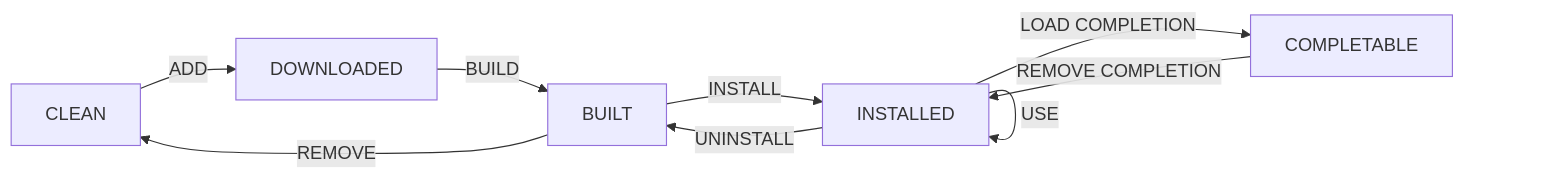
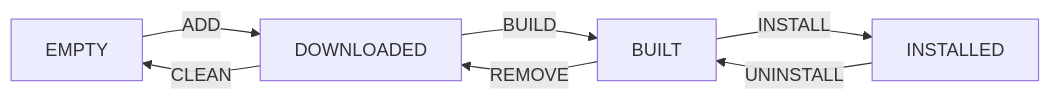
Before and after one commit to siddthesquid/env: the diagram in README.md, drawn with Mermaid. The commit also changed other lines of this file and 38 other files, not shown here.

````diff
--- a/README.md
+++ b/README.md
@@ -606,11 +827,9 @@
 ```mermaid
 graph LR
-    CLEAN -- "ADD" --> DOWNLOADED
+    EMPTY -- "ADD" --> DOWNLOADED
     DOWNLOADED -- "BUILD" --> BUILT
     BUILT -- "INSTALL" --> INSTALLED
-    INSTALLED -- "LOAD COMPLETION" --> COMPLETABLE
-    INSTALLED -- "USE" --> INSTALLED
-    COMPLETABLE -- "REMOVE COMPLETION" --> INSTALLED
     INSTALLED -- "UNINSTALL" --> BUILT
-    BUILT -- "REMOVE" --> CLEAN
+    BUILT -- "REMOVE" --> DOWNLOADED
+    DOWNLOADED -- "CLEAN" --> EMPTY
 ```
````
